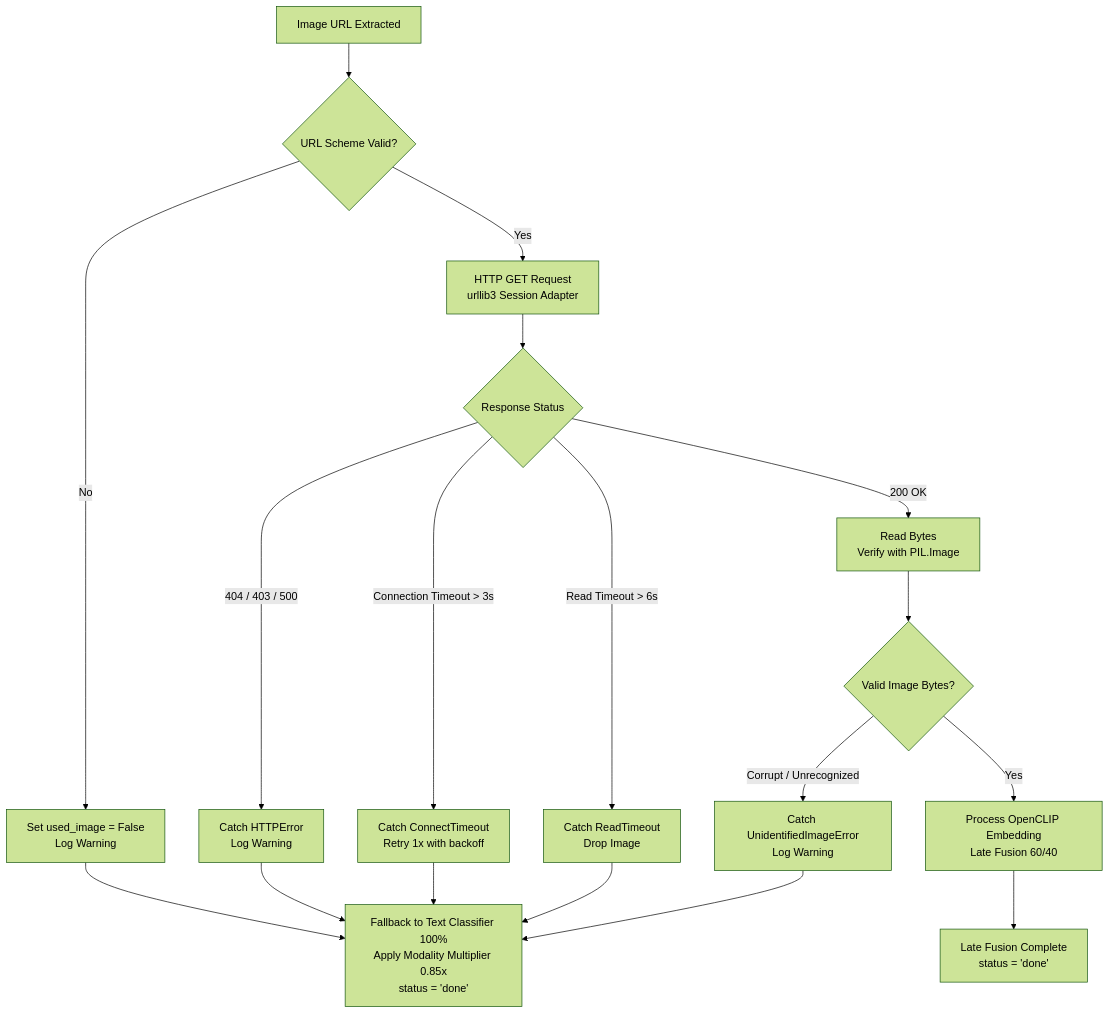
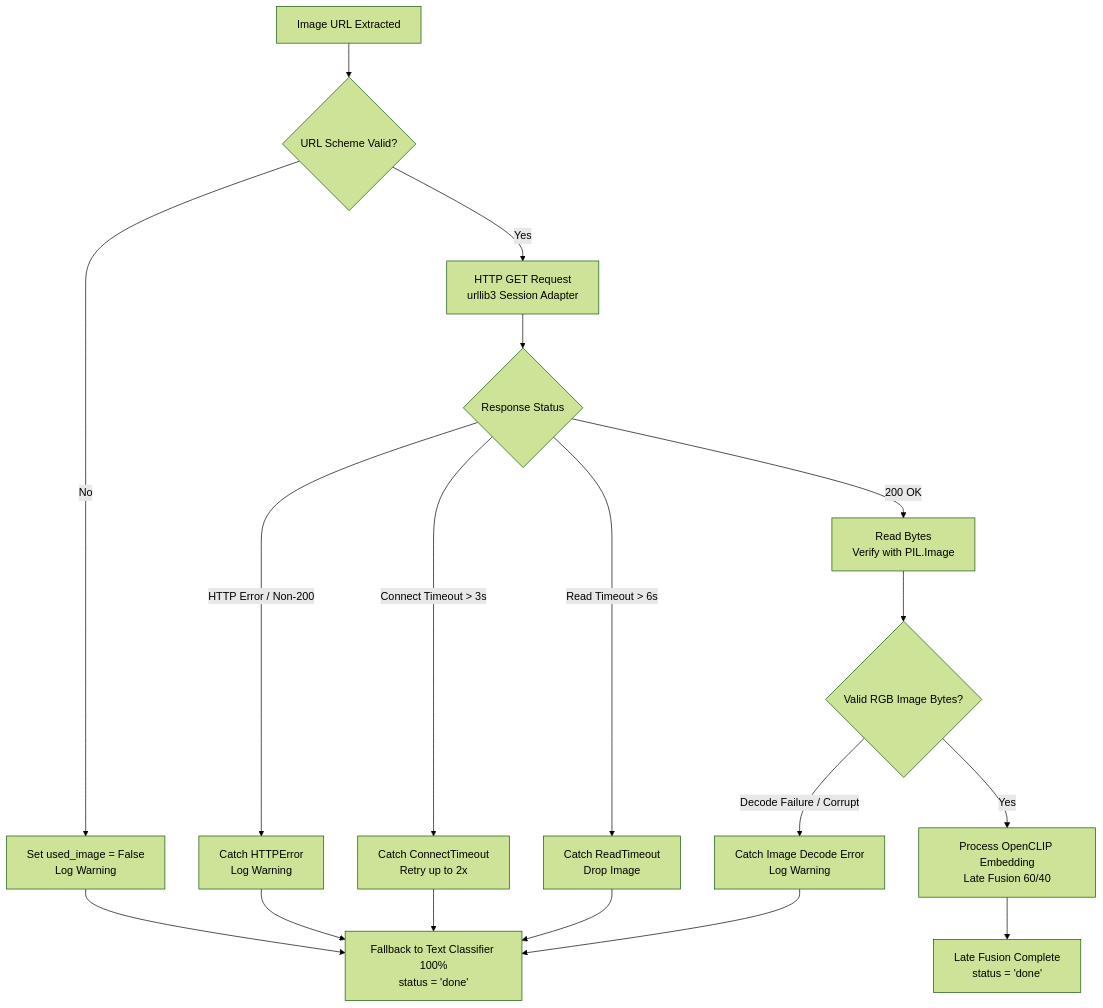
Before and after one commit to akheedha/product_taxonomy_classifier: the fourth of 6 diagrams in QUESTIONS.md, drawn with Mermaid (forest theme). The commit also changed other lines of this file, not shown here.

````diff
--- a/QUESTIONS.md
+++ b/QUESTIONS.md
@@ -315,21 +362,21 @@
 ```mermaid
 flowchart TD
     A[Image URL Extracted] --> B{URL Scheme Valid?}
     B -- No --> C[Set used_image = False\nLog Warning]
     B -- Yes --> D[HTTP GET Request\nurllib3 Session Adapter]
     D --> E{Response Status}
     E -- 200 OK --> F[Read Bytes\nVerify with PIL.Image]
-    E -- 404 / 403 / 500 --> G[Catch HTTPError\nLog Warning]
-    E -- Connection Timeout > 3s --> H[Catch ConnectTimeout\nRetry 1x with backoff]
+    E -- HTTP Error / Non-200 --> G[Catch HTTPError\nLog Warning]
+    E -- Connect Timeout > 3s --> H[Catch ConnectTimeout\nRetry up to 2x]
     E -- Read Timeout > 6s --> I[Catch ReadTimeout\nDrop Image]
-    F --> J{Valid Image Bytes?}
+    F --> J{Valid RGB Image Bytes?}
     J -- Yes --> K[Process OpenCLIP Embedding\nLate Fusion 60/40]
-    J -- Corrupt / Unrecognized --> L[Catch UnidentifiedImageError\nLog Warning]
+    J -- Decode Failure / Corrupt --> L[Catch Image Decode Error\nLog Warning]
     
-    C --> M[Fallback to Text Classifier 100%\nApply Modality Multiplier 0.85x\nstatus = 'done']
+    C --> M[Fallback to Text Classifier 100%\nstatus = 'done']
     G --> M
     H --> M
     I --> M
     L --> M
     K --> N[Late Fusion Complete\nstatus = 'done']
 ```
````
